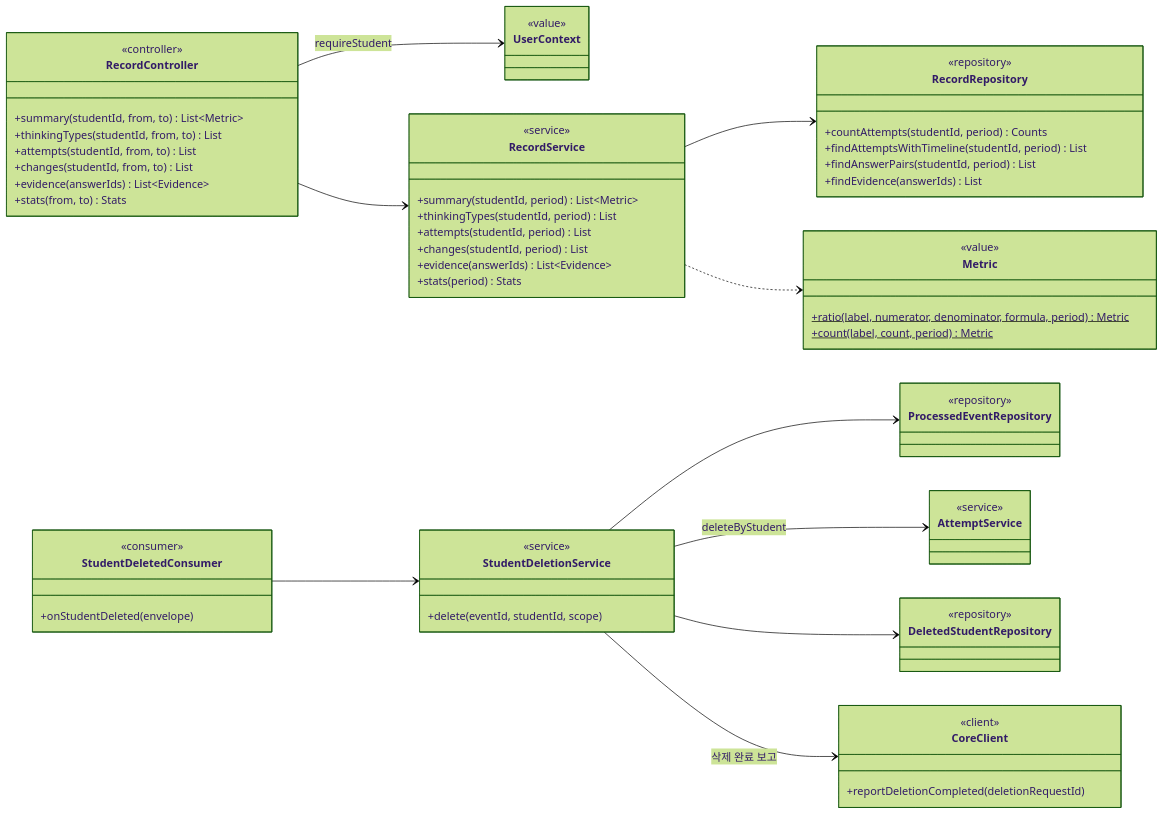
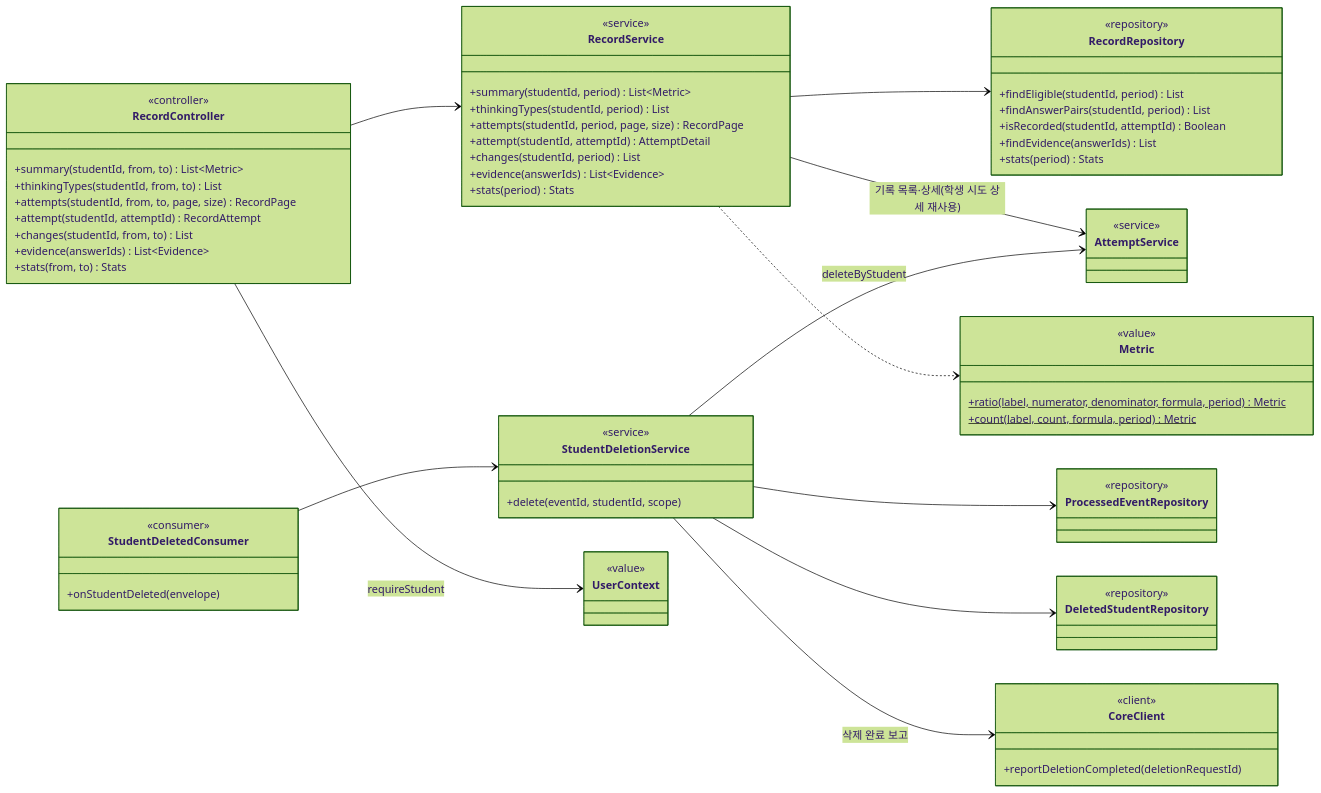
Before and after one commit to SKNETWORKS-FAMILY-AICAMP/SKN34-FINAL-3TEAM: the tenth of 15 diagrams in docs/design/class-diagram.md, drawn with Mermaid (forest theme). The commit also changed other lines of this file and 2 other files, not shown here.

Commit message:
docs: 기록 조회 클래스 설계 갱신과 #27 리포트

````diff
--- a/docs/design/class-diagram.md
+++ b/docs/design/class-diagram.md
@@ -1340,60 +1340,64 @@
 ```mermaid
 classDiagram
   direction LR
   class RecordController {
     <<controller>>
     +summary(studentId, from, to) List~Metric~
     +thinkingTypes(studentId, from, to) List
-    +attempts(studentId, from, to) List
+    +attempts(studentId, from, to, page, size) RecordPage
+    +attempt(studentId, attemptId) RecordAttempt
     +changes(studentId, from, to) List
     +evidence(answerIds) List~Evidence~
     +stats(from, to) Stats
   }
   class RecordService {
     <<service>>
     +summary(studentId, period) List~Metric~
     +thinkingTypes(studentId, period) List
-    +attempts(studentId, period) List
+    +attempts(studentId, period, page, size) RecordPage
+    +attempt(studentId, attemptId) AttemptDetail
     +changes(studentId, period) List
     +evidence(answerIds) List~Evidence~
     +stats(period) Stats
   }
   class RecordRepository {
     <<repository>>
-    +countAttempts(studentId, period) Counts
-    +findAttemptsWithTimeline(studentId, period) List
+    +findEligible(studentId, period) List
     +findAnswerPairs(studentId, period) List
+    +isRecorded(studentId, attemptId) Boolean
     +findEvidence(answerIds) List
+    +stats(period) Stats
   }
   class Metric {
     <<value>>
     +ratio(label, numerator, denominator, formula, period)$ Metric
-    +count(label, count, period)$ Metric
+    +count(label, count, formula, period)$ Metric
   }
   class StudentDeletedConsumer {
     <<consumer>>
     +onStudentDeleted(envelope)
   }
   class StudentDeletionService {
     <<service>>
     +delete(eventId, studentId, scope)
   }
   class CoreClient {
     <<client>>
     +reportDeletionCompleted(deletionRequestId)
   }
   class DeletedStudentRepository { <<repository>> }
   class ProcessedEventRepository { <<repository>> }
   class AttemptService { <<service>> }
   class UserContext { <<value>> }
 
   RecordController --> UserContext : requireStudent
   RecordController --> RecordService
   RecordService --> RecordRepository
+  RecordService --> AttemptService : 기록 목록·상세(학생 시도 상세 재사용)
   RecordService ..> Metric
   StudentDeletedConsumer --> StudentDeletionService
   StudentDeletionService --> ProcessedEventRepository
   StudentDeletionService --> AttemptService : deleteByStudent
   StudentDeletionService --> DeletedStudentRepository
   StudentDeletionService --> CoreClient : 삭제 완료 보고
 ```
````
